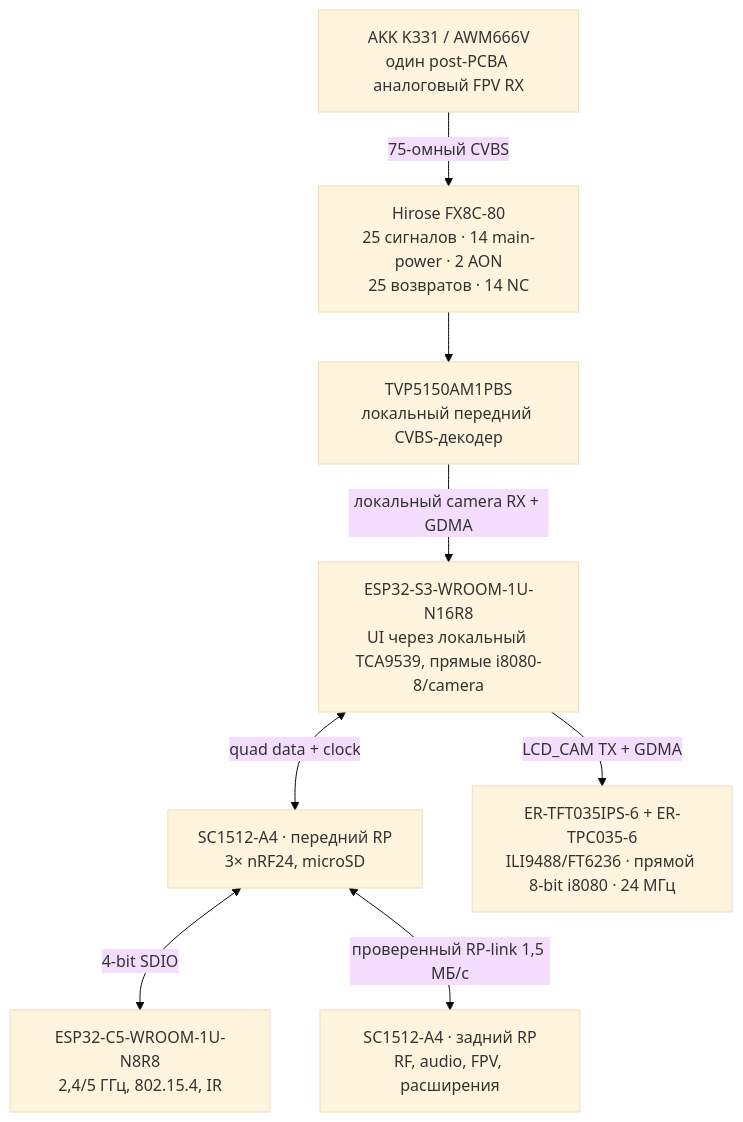
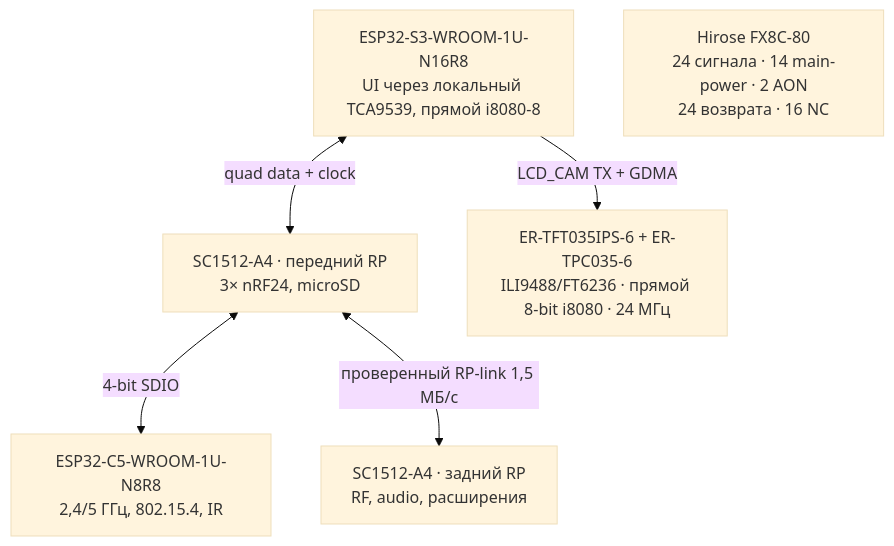
Before and after one commit to anton-vinogradov/esp32-leshy2: the diagram in docs/schematics.ru.md, drawn with Mermaid (base theme). The commit also changed other lines of this file and 236 other files, not shown here.

````diff
--- a/docs/schematics.ru.md
+++ b/docs/schematics.ru.md
@@ -33,19 +32,14 @@
 ```mermaid
 flowchart TD
-  S3["ESP32-S3-WROOM-1U-N16R8<br/>UI через локальный TCA9539, прямые i8080-8/camera"]
+  S3["ESP32-S3-WROOM-1U-N16R8<br/>UI через локальный TCA9539, прямой i8080-8"]
   C5["ESP32-C5-WROOM-1U-N8R8<br/>2,4/5 ГГц, 802.15.4, IR"]
   FRP["SC1512-A4 · передний RP<br/>3× nRF24, microSD"]
-  RRP["SC1512-A4 · задний RP<br/>RF, audio, FPV, расширения"]
-  TVP["TVP5150AM1PBS<br/>локальный передний CVBS-декодер"]
-  K331["AKK K331 / AWM666V<br/>один post-PCBA аналоговый FPV RX"]
+  RRP["SC1512-A4 · задний RP<br/>RF, audio, расширения"]
   LCD["ER-TFT035IPS-6 + ER-TPC035-6<br/>ILI9488/FT6236 · прямой 8-bit i8080 · 24 МГц"]
-  M1["Hirose FX8C-80<br/>25 сигналов · 14 main-power · 2 AON<br/>25 возвратов · 14 NC"]
+  M1["Hirose FX8C-80<br/>24 сигнала · 14 main-power · 2 AON<br/>24 возврата · 16 NC"]
 
   S3 -->|"LCD_CAM TX + GDMA"| LCD
   S3 <-->|"quad data + clock"| FRP
   FRP <-->|"4-bit SDIO"| C5
   FRP <-->|"проверенный RP-link 1,5 МБ/с"| RRP
-  K331 -->|"75-омный CVBS"| M1
-  M1 --> TVP
-  TVP -->|"локальный camera RX + GDMA"| S3
 ```
````
